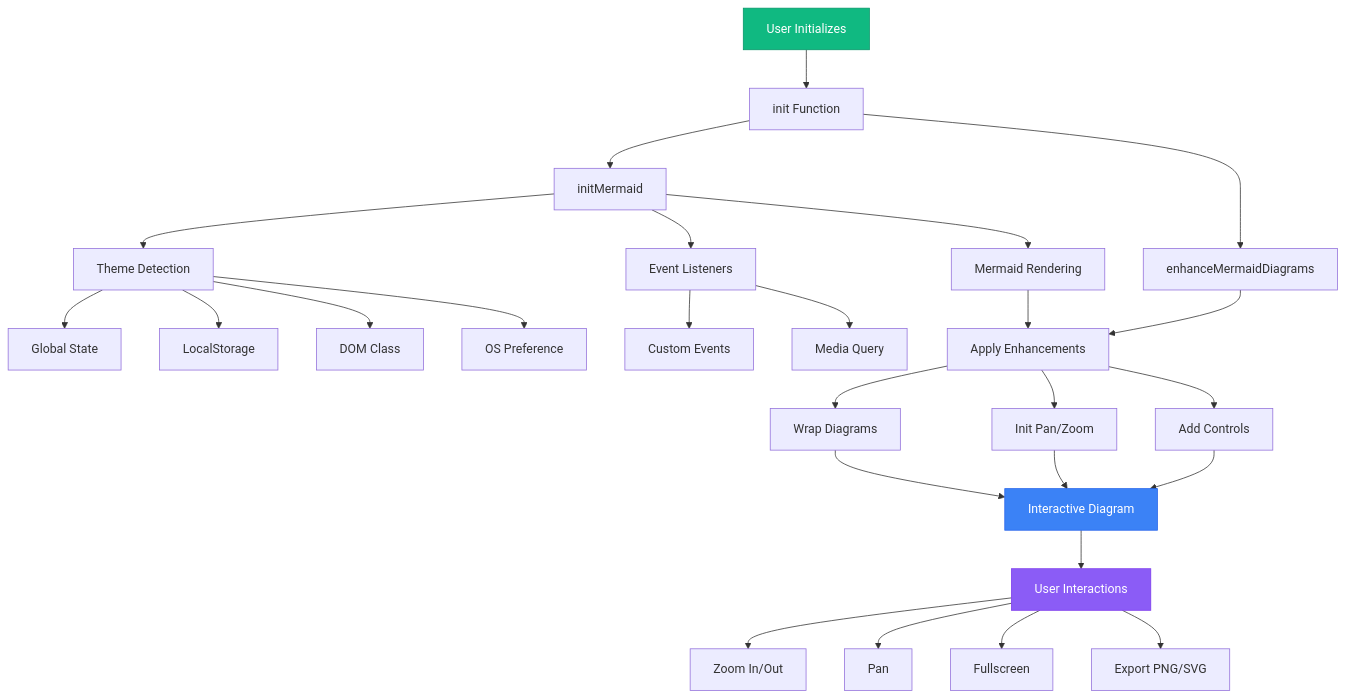
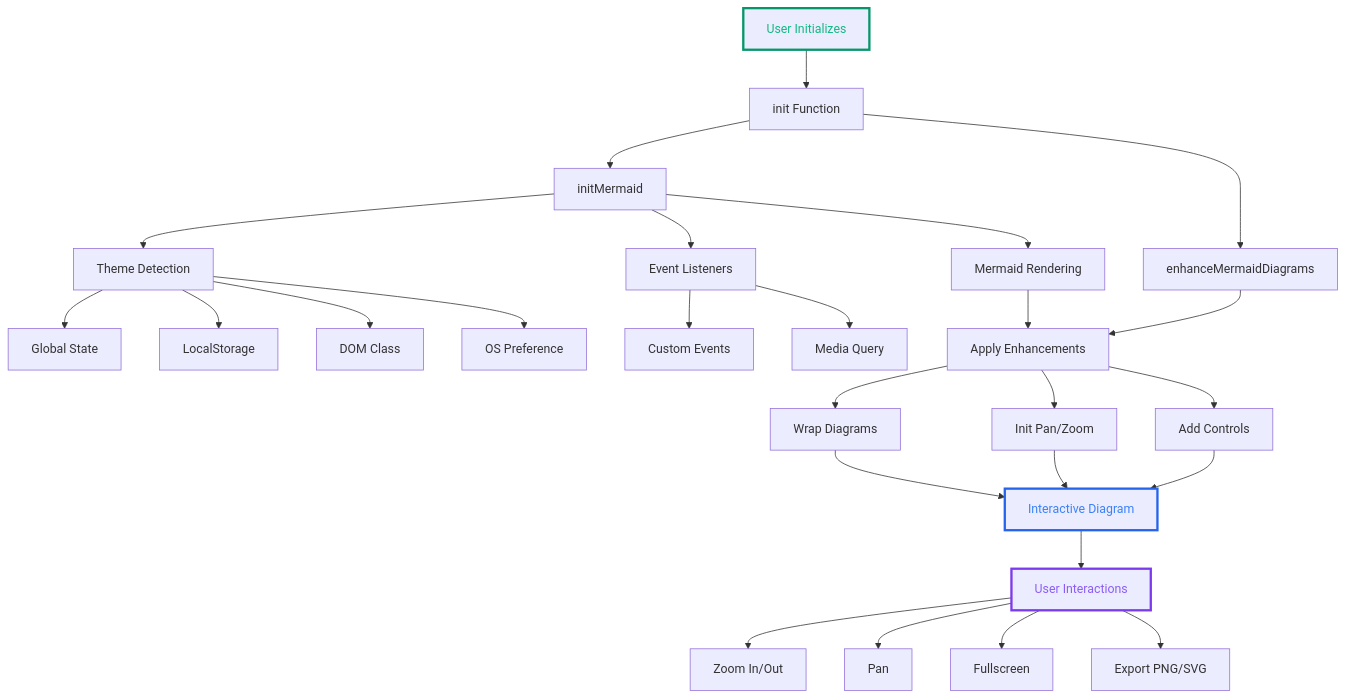
One commit to Shaddix/mostlylucidweb changed the first of 2 diagrams in Mostlylucid/Markdown/publishingmermaidenhancementsnpm.md. Above: the diagram before and after it, drawn with Mermaid. The commit also changed 11 other files, not shown here.

First line of the commit message:
update: replace background fills with stroke styling in Mermaid diagrams

````diff
--- a/Mostlylucid/Markdown/publishingmermaidenhancementsnpm.md
+++ b/Mostlylucid/Markdown/publishingmermaidenhancementsnpm.md
@@ -71,39 +71,39 @@
 ```mermaid
 graph TD
     A[User Initializes] --> B[init Function]
     B --> C[initMermaid]
     B --> D[enhanceMermaidDiagrams]
 
     C --> E[Theme Detection]
     C --> F[Event Listeners]
     C --> G[Mermaid Rendering]
 
     E --> E1[Global State]
     E --> E2[LocalStorage]
     E --> E3[DOM Class]
     E --> E4[OS Preference]
 
     F --> F1[Custom Events]
     F --> F2[Media Query]
 
     G --> H[Apply Enhancements]
     D --> H
 
     H --> I[Wrap Diagrams]
     H --> J[Init Pan/Zoom]
     H --> K[Add Controls]
 
     I --> L[Interactive Diagram]
     J --> L
     K --> L
 
     L --> M[User Interactions]
     M --> M1[Zoom In/Out]
     M --> M2[Pan]
     M --> M3[Fullscreen]
     M --> M4[Export PNG/SVG]
 
-    style A fill:#10b981,stroke:#059669,color:#fff
-    style L fill:#3b82f6,stroke:#2563eb,color:#fff
-    style M fill:#8b5cf6,stroke:#7c3aed,color:#fff
+    style A stroke:#059669,stroke-width:3px,color:#10b981
+    style L stroke:#2563eb,stroke-width:3px,color:#3b82f6
+    style M stroke:#7c3aed,stroke-width:3px,color:#8b5cf6
 ```
````
